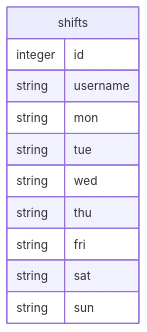
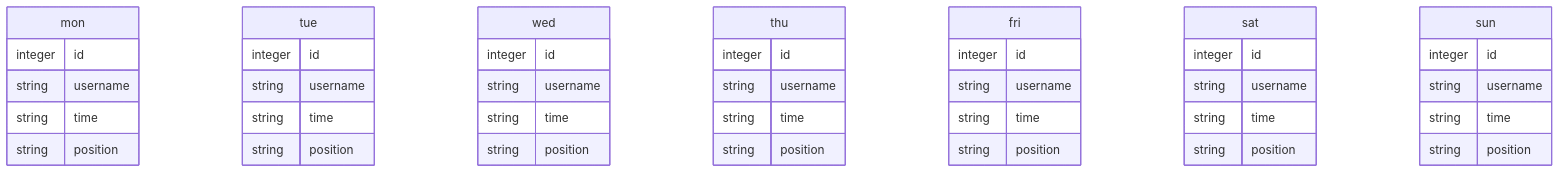
Before and after one commit to ynori123/sadmin: the second of 2 diagrams in README.md, drawn with Mermaid. The commit also changed other lines of this file and 10 other files, not shown here.

````diff
--- a/README.md
+++ b/README.md
@@ -54,14 +110,45 @@
 ```mermaid
     erDiagram
-    shifts {
-        integer id 
-        string username 
-        string mon
-        string tue
-        string wed
-        string thu
-        string fri
-        string sat
-        string sun
+    mon {
+        integer id
+        string username
+        string time
+        string position
+    }
+    tue {
+        integer id
+        string username
+        string time
+        string position
+    }
+    wed {
+        integer id
+        string username
+        string time
+        string position
+    }
+    thu {
+        integer id
+        string username
+        string time
+        string position
+    }
+    fri {
+        integer id
+        string username
+        string time
+        string position
+    }
+    sat {
+        integer id
+        string username
+        string time
+        string position
+    }
+    sun {
+        integer id
+        string username
+        string time
+        string position
     }
 ```
````
